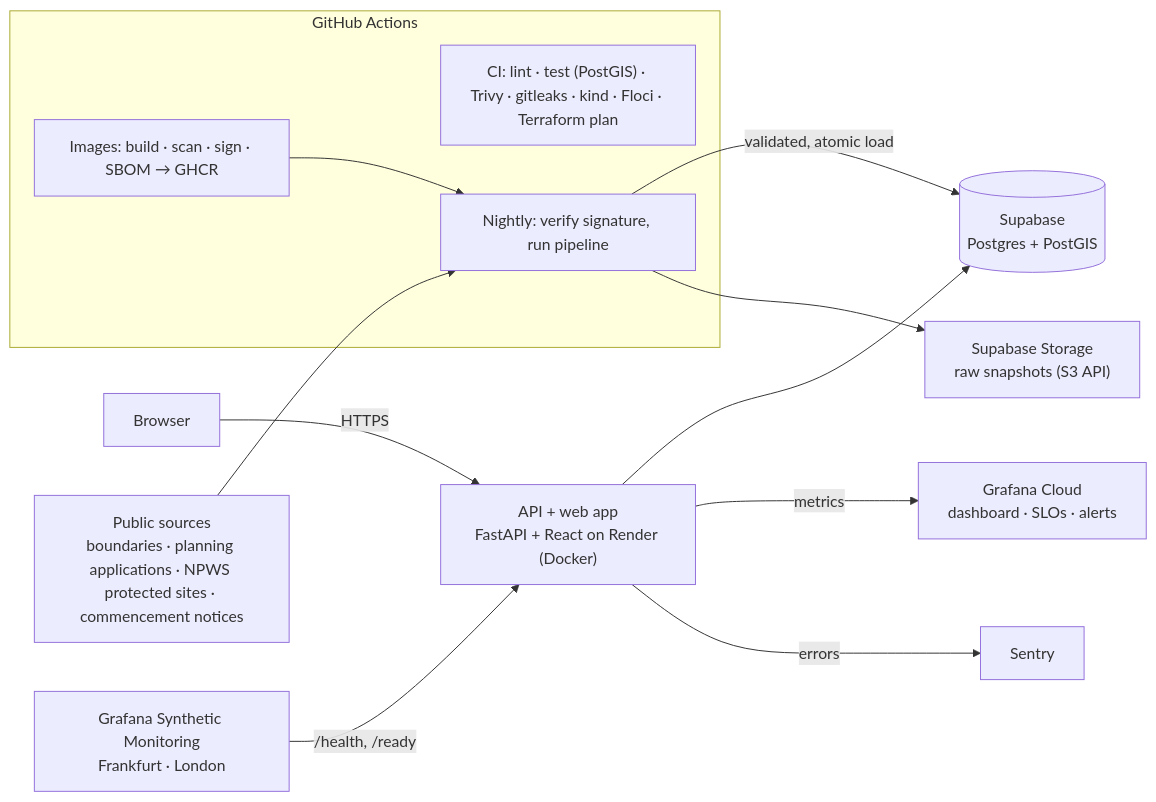
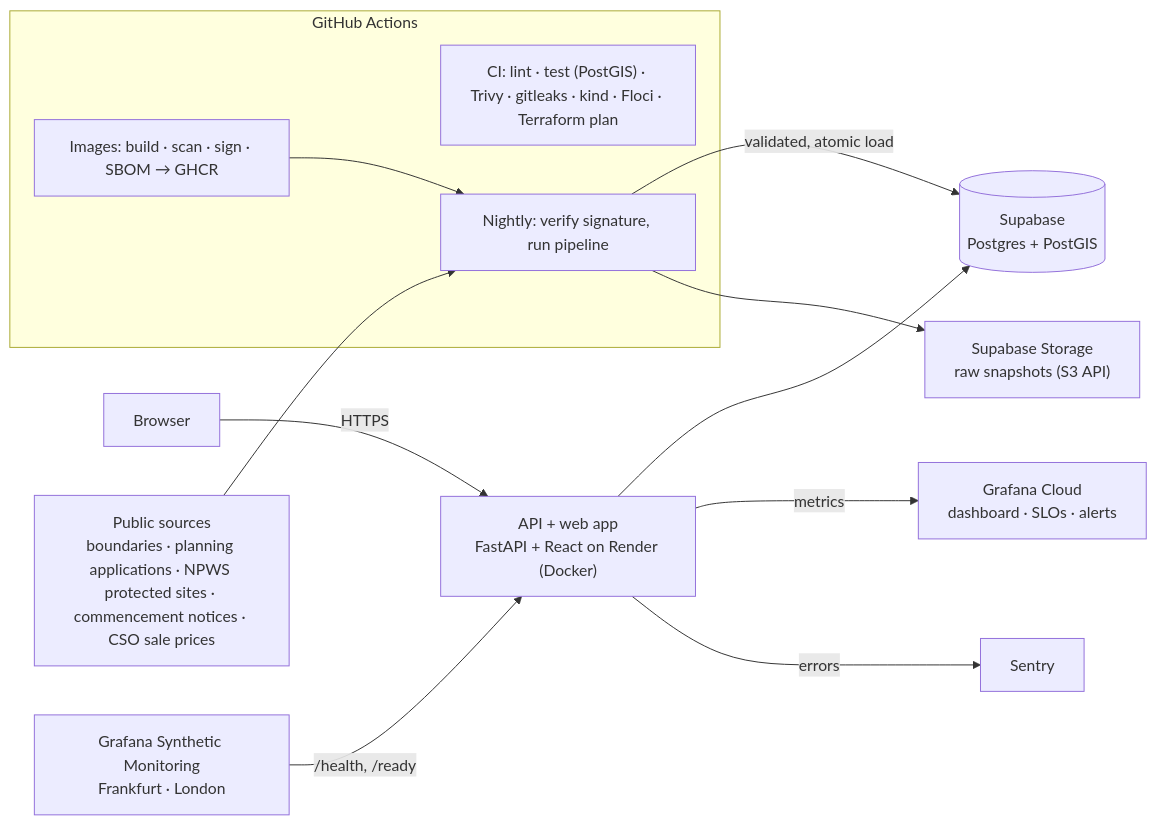
The diagram in README.md (Neel09apr/DwellWise), drawn with Mermaid before and after one commit. The commit also changed other lines of this file and 30 other files, not shown here.

First line of the commit message:
feat: sale prices by Eircode area and county from the CSO (M10)

````diff
--- a/README.md
+++ b/README.md
@@ -62,19 +62,19 @@
 ```mermaid
 flowchart LR
   user["Browser"] -->|HTTPS| app["API + web app<br/>FastAPI + React on Render (Docker)"]
   app --> db[("Supabase<br/>Postgres + PostGIS")]
 
   subgraph gha["GitHub Actions"]
     ci["CI: lint · test (PostGIS) · Trivy · gitleaks · kind · Floci · Terraform plan"]
     images["Images: build · scan · sign · SBOM → GHCR"]
     nightly["Nightly: verify signature, run pipeline"]
   end
 
-  sources["Public sources<br/>boundaries · planning applications · NPWS protected sites · commencement notices"] --> nightly
+  sources["Public sources<br/>boundaries · planning applications · NPWS protected sites · commencement notices · CSO sale prices"] --> nightly
   images --> nightly
   nightly -->|"validated, atomic load"| db
   nightly --> raw["Supabase Storage<br/>raw snapshots (S3 API)"]
   probes["Grafana Synthetic Monitoring<br/>Frankfurt · London"] -->|"/health, /ready"| app
   app -->|metrics| grafana["Grafana Cloud<br/>dashboard · SLOs · alerts"]
   app -->|errors| sentry["Sentry"]
 ```
````
